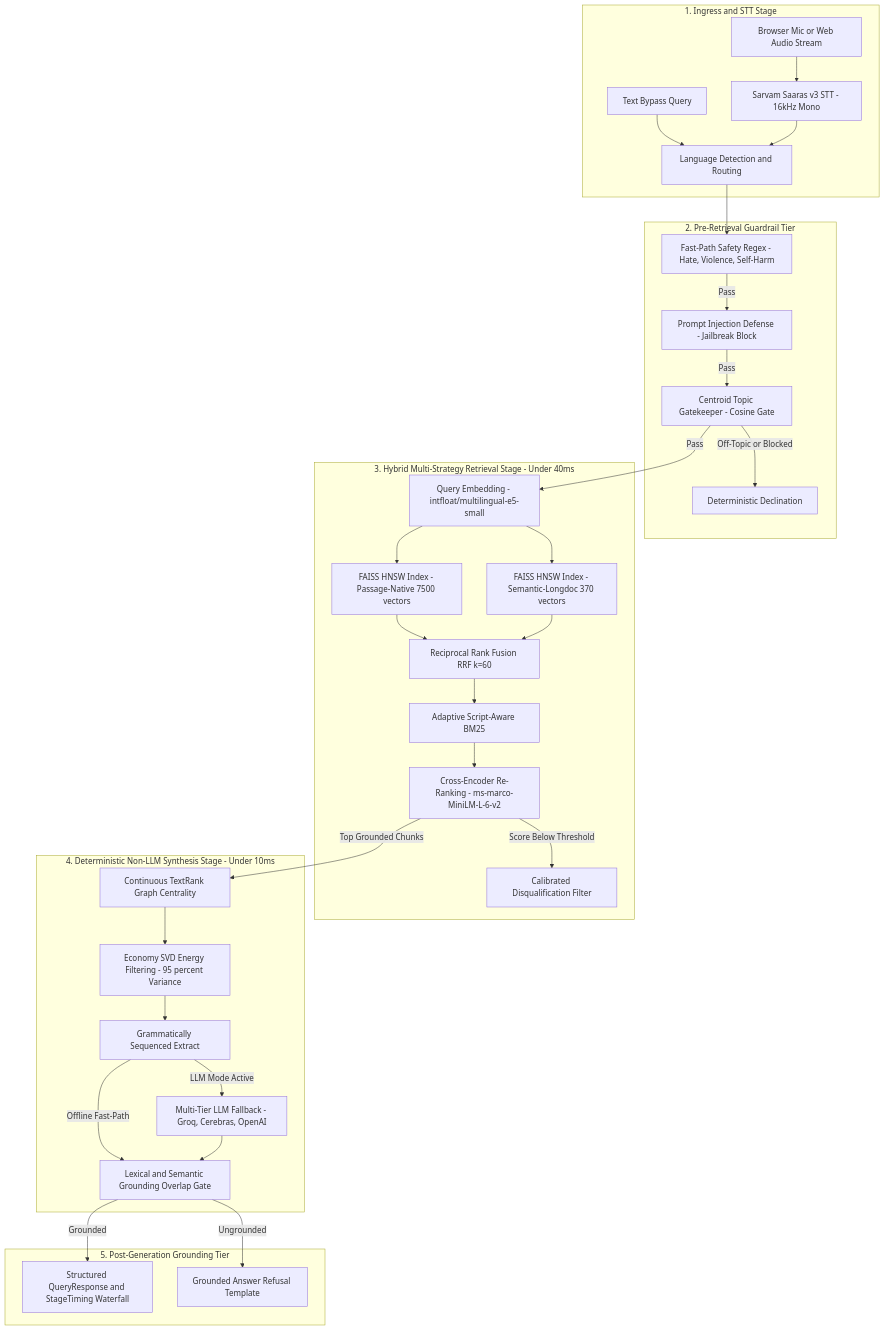
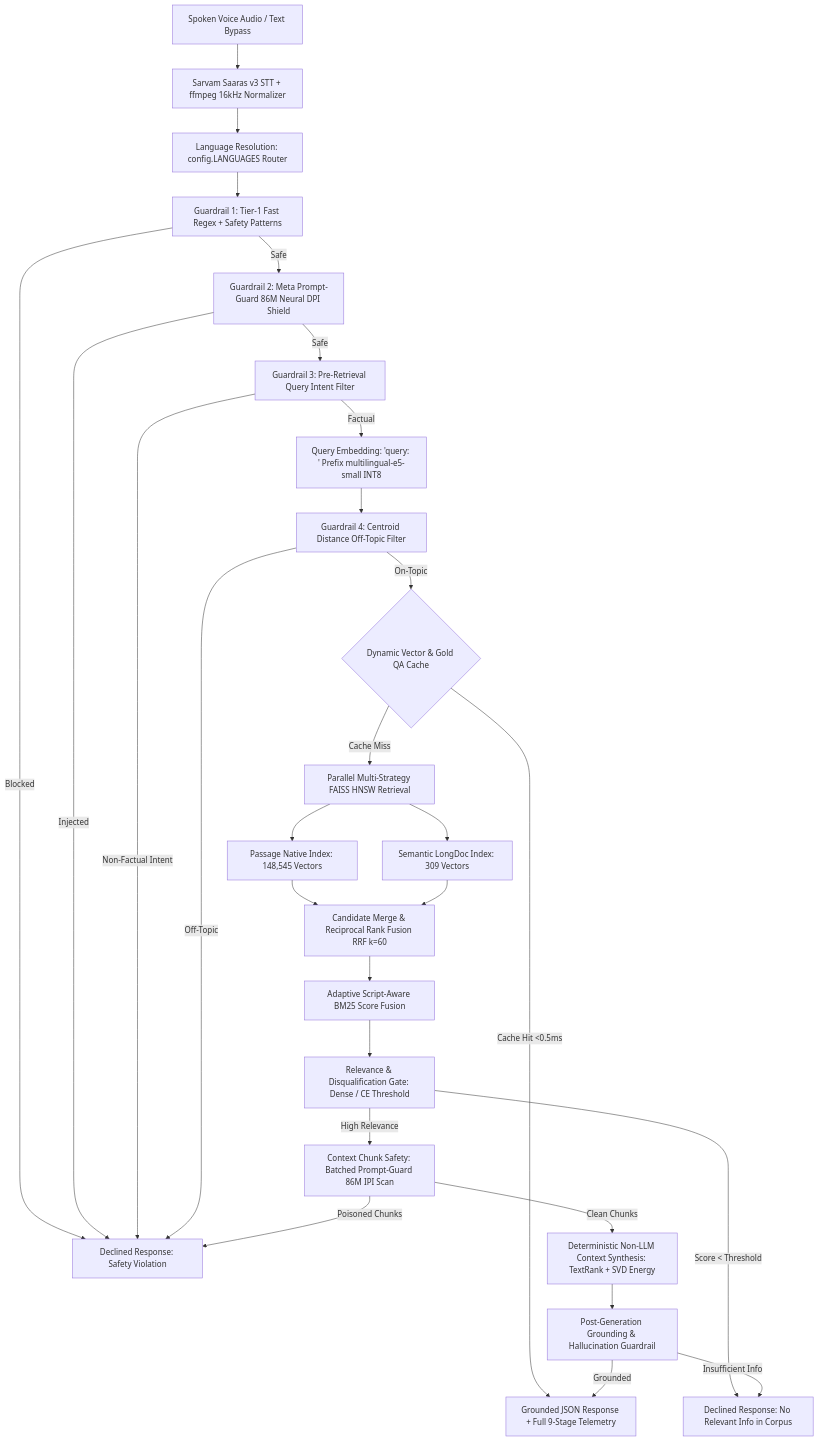
The diagram in README.md (KingSahil/rag-in-goa-2026), drawn with Mermaid before and after one commit. The commit also changed other lines of this file and 49 other files, not shown here.

````diff
--- a/README.md
+++ b/README.md
@@ -11,40 +25,30 @@
 ```mermaid
-flowchart TD
-    subgraph INGRESS ["1. Ingress and STT Stage"]
-        MIC["Browser Mic or Web Audio Stream"] --> STT["Sarvam Saaras v3 STT - 16kHz Mono"]
-        TXT["Text Bypass Query"] --> DISPATCH["Language Detection and Routing"]
-        STT --> DISPATCH
-    end
-
-    subgraph GUARD1 ["2. Pre-Retrieval Guardrail Tier"]
-        DISPATCH --> RGX["Fast-Path Safety Regex - Hate, Violence, Self-Harm"]
-        RGX -->|Pass| INJ["Prompt Injection Defense - Jailbreak Block"]
-        INJ -->|Pass| CENT["Centroid Topic Gatekeeper - Cosine Gate"]
-        CENT -->|Off-Topic or Blocked| REF1["Deterministic Declination"]
-    end
-
-    subgraph RETRIEVAL ["3. Hybrid Multi-Strategy Retrieval Stage - Under 40ms"]
-        CENT -->|Pass| EMB["Query Embedding - intfloat/multilingual-e5-small"]
-        EMB --> FAISS1["FAISS HNSW Index - Passage-Native 7500 vectors"]
-        EMB --> FAISS2["FAISS HNSW Index - Semantic-Longdoc 370 vectors"]
-        FAISS1 --> RRF["Reciprocal Rank Fusion RRF k=60"]
-        FAISS2 --> RRF
-        RRF --> BM25["Adaptive Script-Aware BM25"]
-        BM25 --> CE["Cross-Encoder Re-Ranking - ms-marco-MiniLM-L-6-v2"]
-        CE -->|Score Below Threshold| REF2["Calibrated Disqualification Filter"]
-    end
-
-    subgraph SYNTHESIS ["4. Deterministic Non-LLM Synthesis Stage - Under 10ms"]
-        CE -->|Top Grounded Chunks| TR["Continuous TextRank Graph Centrality"]
-        TR --> SVD["Economy SVD Energy Filtering - 95 percent Variance"]
-        SVD --> EXT["Grammatically Sequenced Extract"]
-        EXT -->|Offline Fast-Path| POSTG["Lexical and Semantic Grounding Overlap Gate"]
-        EXT -->|LLM Mode Active| LLM["Multi-Tier LLM Fallback - Groq, Cerebras, OpenAI"]
-        LLM --> POSTG
-    end
-
-    subgraph GUARD2 ["5. Post-Generation Grounding Tier"]
-        POSTG -->|Grounded| RES["Structured QueryResponse and StageTiming Waterfall"]
-        POSTG -->|Ungrounded| REF3["Grounded Answer Refusal Template"]
-    end
+graph TD
+    A[Spoken Voice Audio / Text Bypass] --> B[Sarvam Saaras v3 STT + ffmpeg 16kHz Normalizer]
+    B --> C[Language Resolution: config.LANGUAGES Router]
+    C --> D[Guardrail 1: Tier-1 Fast Regex + Safety Patterns]
+    D -- Safe --> PG[Guardrail 2: Meta Prompt-Guard 86M Neural DPI Shield]
+    D -- Blocked --> X[Declined Response: Safety Violation]
+    PG -- Safe --> IF[Guardrail 3: Pre-Retrieval Query Intent Filter]
+    PG -- Injected --> X
+    IF -- Factual --> E[Query Embedding: 'query: ' Prefix multilingual-e5-small INT8]
+    IF -- Non-Factual Intent --> X
+    E --> F[Guardrail 4: Centroid Distance Off-Topic Filter]
+    F -- Off-Topic --> X
+    F -- On-Topic --> CACHE{Dynamic Vector & Gold QA Cache}
+    CACHE -- Cache Hit <0.5ms --> N[Grounded Response + Zero-Latency Fast Path]
+    CACHE -- Cache Miss --> G[Parallel Multi-Strategy FAISS HNSW Retrieval]
+    G --> H1[Passage Native Index: 148,545 Vectors]
+    G --> H2[Semantic LongDoc Index: 309 Vectors]
+    H1 --> I[Candidate Merge & Reciprocal Rank Fusion RRF k=60]
+    H2 --> I
+    I --> J[Adaptive Script-Aware BM25 Score Fusion]
+    J --> K[Relevance & Disqualification Gate: Dense / CE Threshold]
+    K -- Score < Threshold --> Y[Declined Response: No Relevant Info in Corpus]
+    K -- High Relevance --> CS[Context Chunk Safety: Batched Prompt-Guard 86M IPI Scan]
+    CS -- Poisoned Chunks --> X
+    CS -- Clean Chunks --> L[Deterministic Non-LLM Context Synthesis: TextRank + SVD Energy]
+    L --> M[Post-Generation Grounding & Hallucination Guardrail]
+    M -- Grounded --> N[Grounded JSON Response + Full 9-Stage Telemetry]
+    M -- Insufficient Info --> Y
 ```
````
